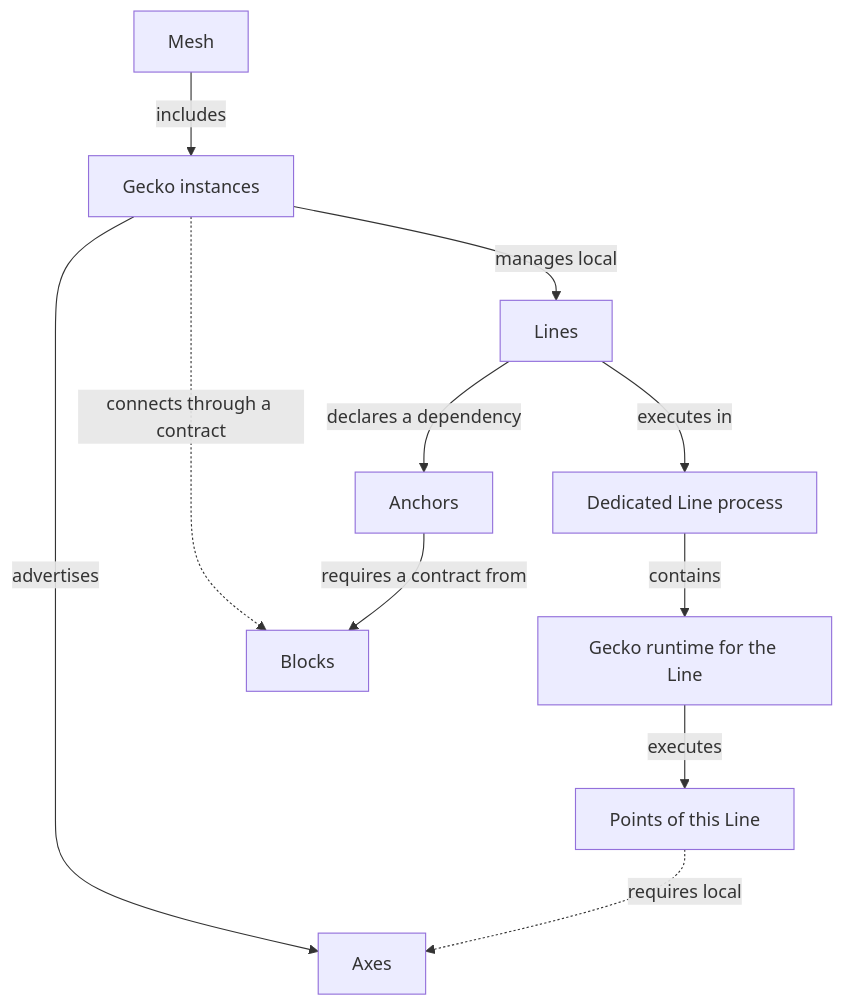
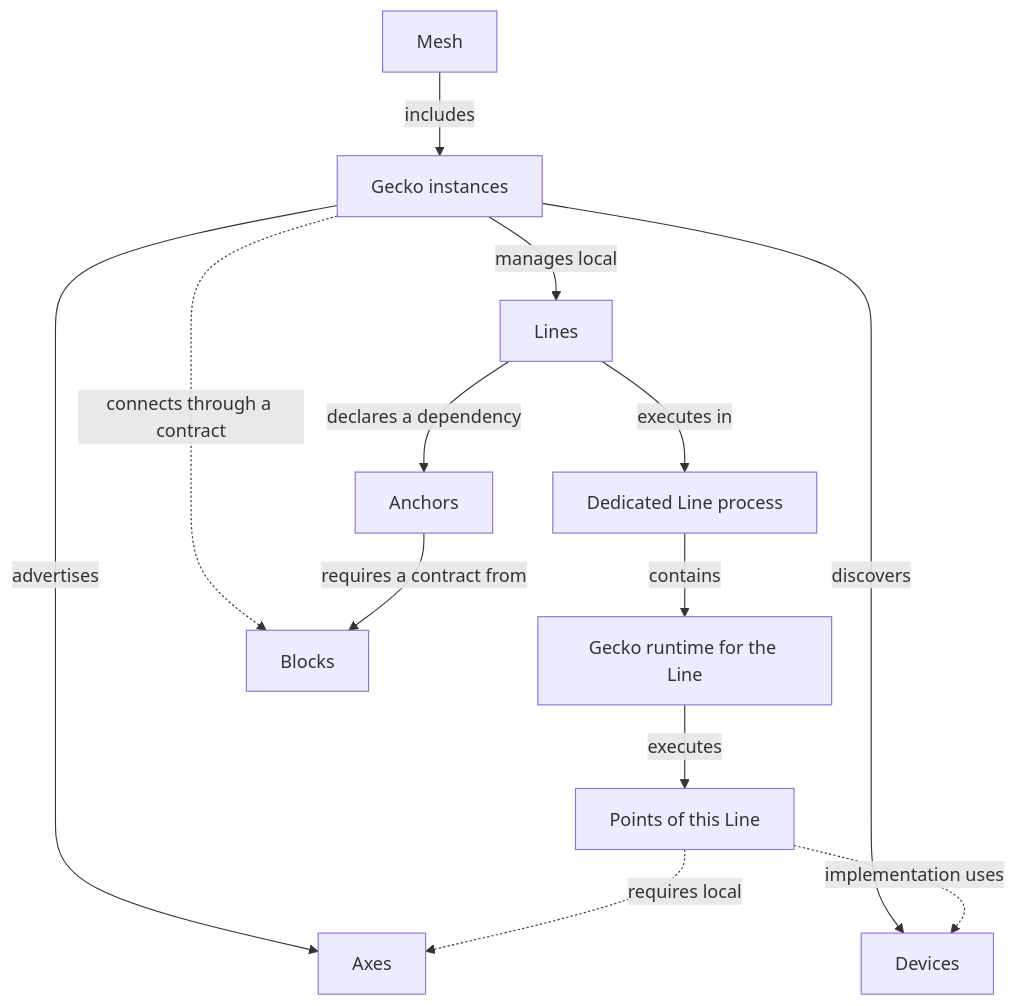
One commit to jfultr/gecko-core changed the second of 2 diagrams in docs/concepts.md. Above: the diagram before and after it, drawn with Mermaid. The commit also changed other lines of this file and 1 other file, not shown here.

Commit message:
docs: define Devices and task-driven App composition

````diff
--- a/docs/concepts.md
+++ b/docs/concepts.md
@@ -74,13 +75,15 @@
 ```mermaid
 flowchart TB
     Mesh[Mesh] -->|includes| Gecko[Gecko instances]
     Gecko -->|advertises| Axis[Axes]
+    Gecko -->|discovers| Device[Devices]
     Gecko -->|manages local| Line[Lines]
     Line -->|executes in| Process[Dedicated Line process]
     Process -->|contains| Runtime[Gecko runtime for the Line]
     Runtime -->|executes| Point[Points of this Line]
     Gecko -.->|connects through a contract| Block[Blocks]
     Line -->|declares a dependency| Anchor[Anchors]
     Anchor -->|requires a contract from| Block
     Point -.->|requires local| Axis
+    Point -.->|implementation uses| Device
 ```
````
